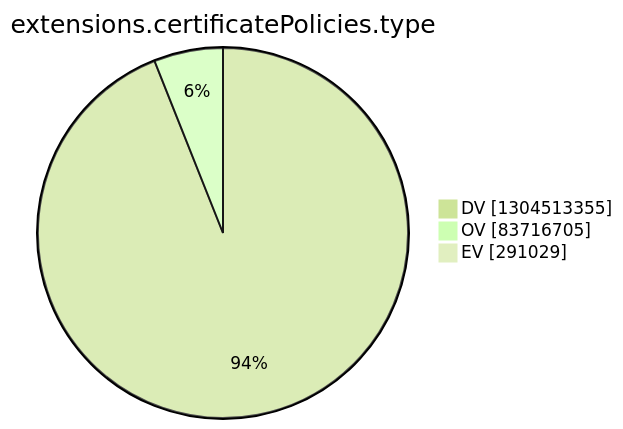
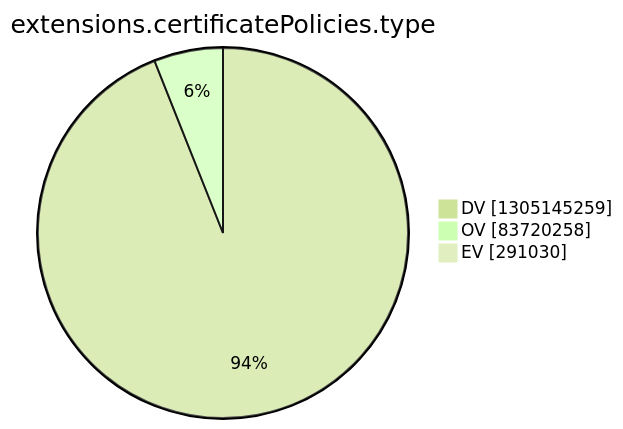
One commit to christiankrug/ctmonitor_visualization changed the tenth of 15 diagrams in argon2022/README.md. Above: the diagram before and after it, drawn with Mermaid (forest theme). The commit also changed other lines of this file, not shown here.

````diff
--- a/argon2022/README.md
+++ b/argon2022/README.md
@@ -2772,7 +2772,7 @@
 ```mermaid
 pie showData
 title extensions.certificatePolicies.type
-"DV" :1304513355
-"OV" :83716705
-"EV" :291029
+"DV" :1305145259
+"OV" :83720258
+"EV" :291030
 ```
````
